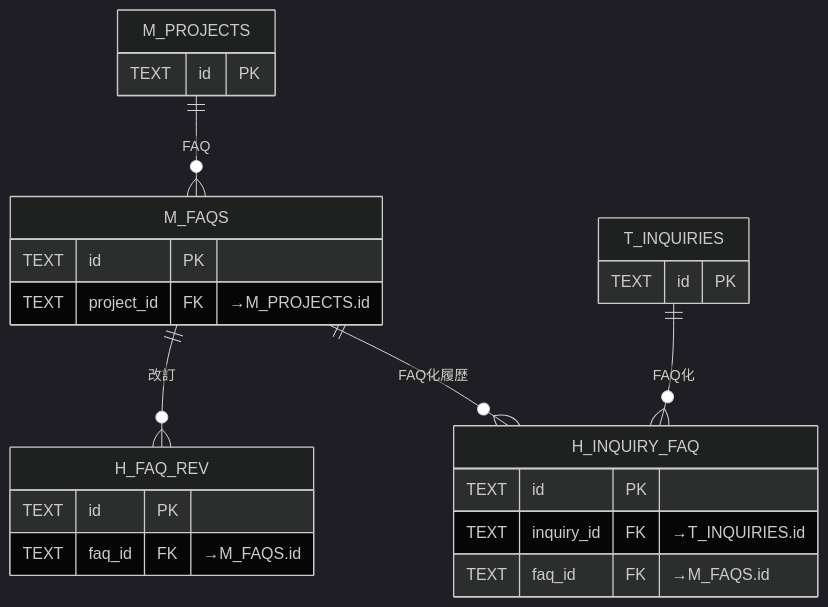
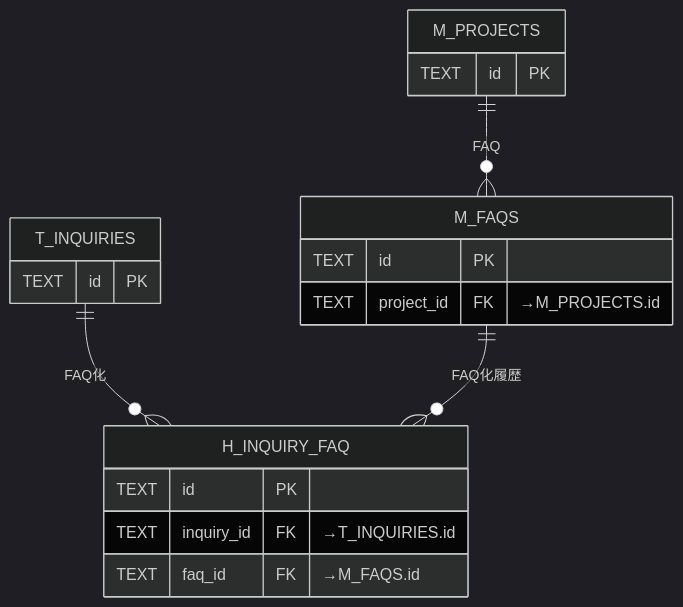
One commit to sikakou54/open-faq changed the sixth of 12 diagrams in 02_basic-design/03_database-design.md. Above: the diagram before and after it, drawn with Mermaid (dark theme). The commit also changed other lines of this file and 12 other files, not shown here.

First line of the commit message:
FAQ改訂履歴機能(H_FAQ_REV)を全層から削除

````diff
--- a/02_basic-design/03_database-design.md
+++ b/02_basic-design/03_database-design.md
@@ -194,16 +193,13 @@
 ```mermaid
 erDiagram
   M_FAQS { TEXT id PK
     TEXT project_id FK "→M_PROJECTS.id" }
-  H_FAQ_REV { TEXT id PK
-    TEXT faq_id FK "→M_FAQS.id" }
   H_INQUIRY_FAQ { TEXT id PK
     TEXT inquiry_id FK "→T_INQUIRIES.id"
     TEXT faq_id FK "→M_FAQS.id" }
   M_PROJECTS { TEXT id PK }
   T_INQUIRIES { TEXT id PK }
   M_PROJECTS ||--o{ M_FAQS : "FAQ"
-  M_FAQS ||--o{ H_FAQ_REV : "改訂"
   T_INQUIRIES ||--o{ H_INQUIRY_FAQ : "FAQ化"
   M_FAQS ||--o{ H_INQUIRY_FAQ : "FAQ化履歴"
 ```
````
